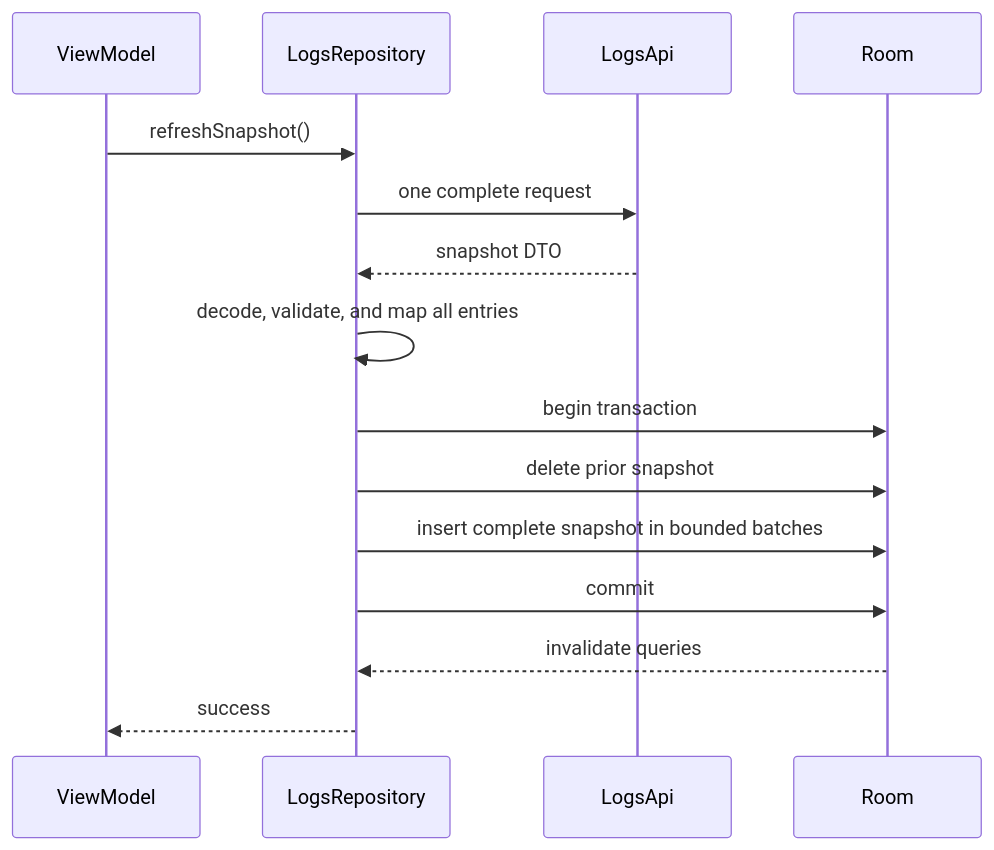
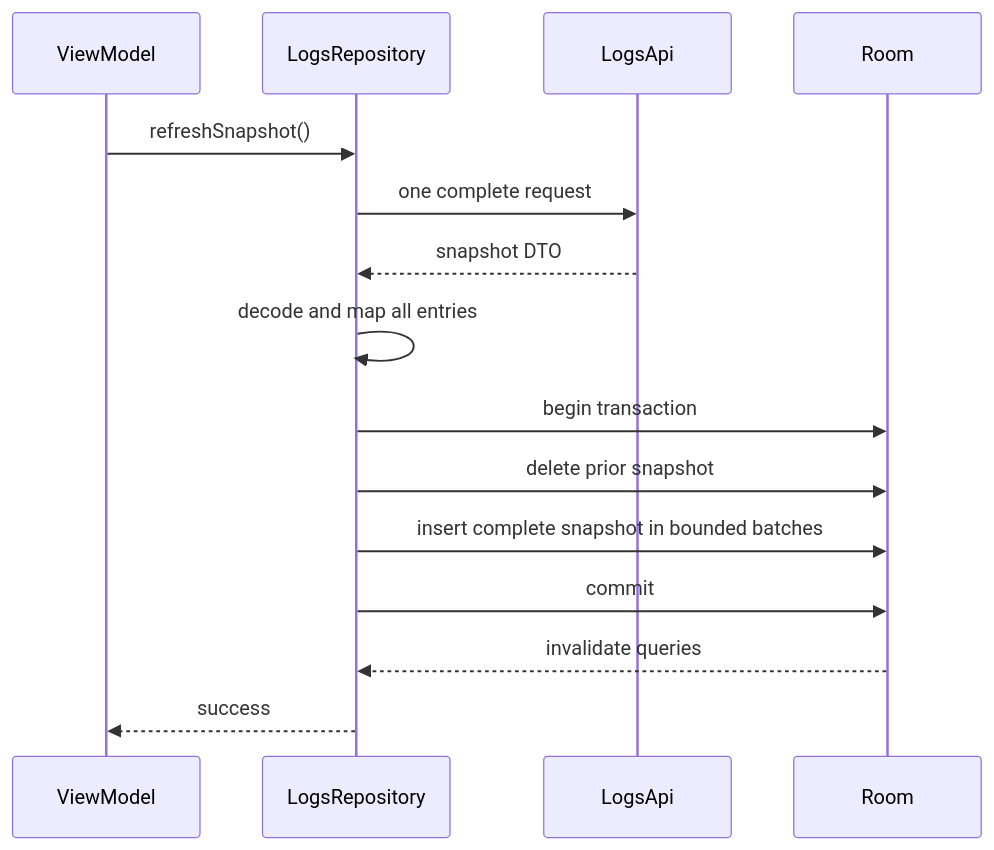
The third of 3 diagrams in documentation/ARCHITECTURE.md (JOkeryyyy/FGFChallenge), drawn with Mermaid before and after one commit. The commit also changed other lines of this file and 27 other files, not shown here.

````diff
--- a/documentation/ARCHITECTURE.md
+++ b/documentation/ARCHITECTURE.md
@@ -309,18 +298,18 @@
 ```mermaid
 sequenceDiagram
     participant VM as ViewModel
     participant R as LogsRepository
     participant API as LogsApi
     participant DB as Room
 
     VM->>R: refreshSnapshot()
     R->>API: one complete request
     API-->>R: snapshot DTO
-    R->>R: decode, validate, and map all entries
+    R->>R: decode and map all entries
     R->>DB: begin transaction
     R->>DB: delete prior snapshot
     R->>DB: insert complete snapshot in bounded batches
     R->>DB: commit
     DB-->>R: invalidate queries
     R-->>VM: success
 ```
````
